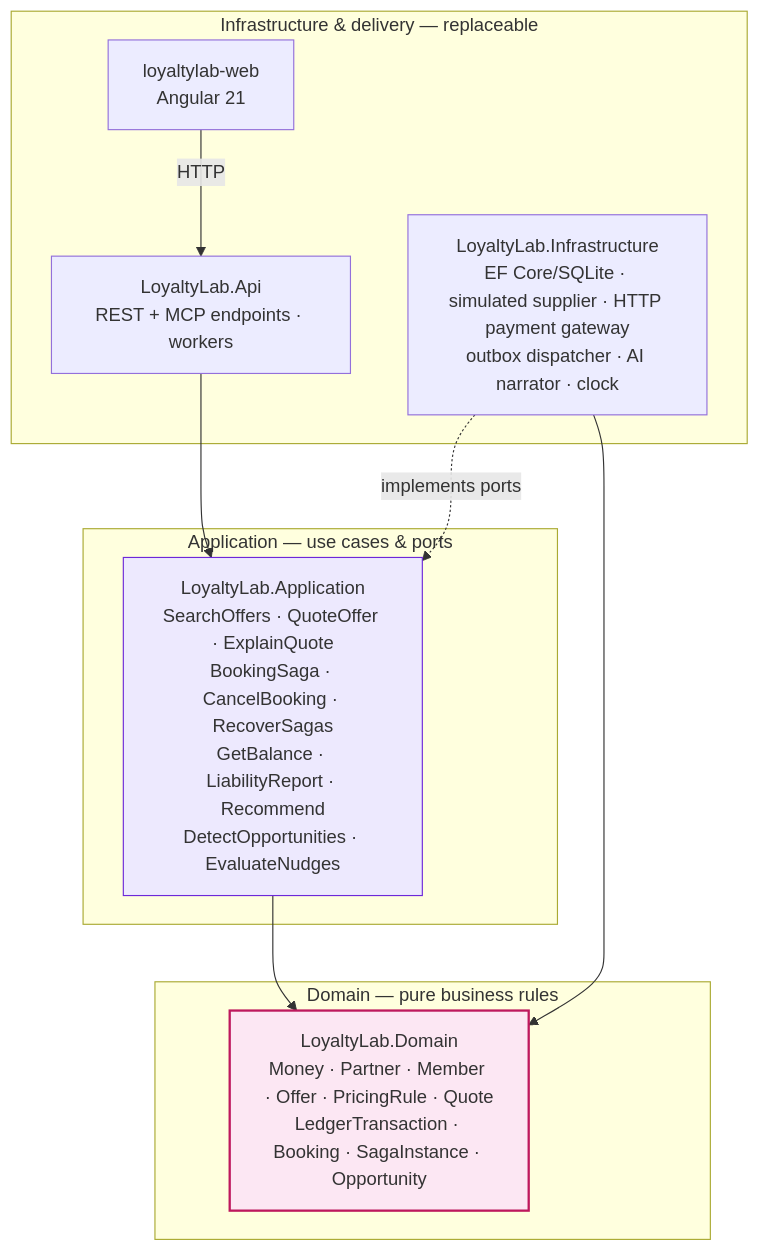
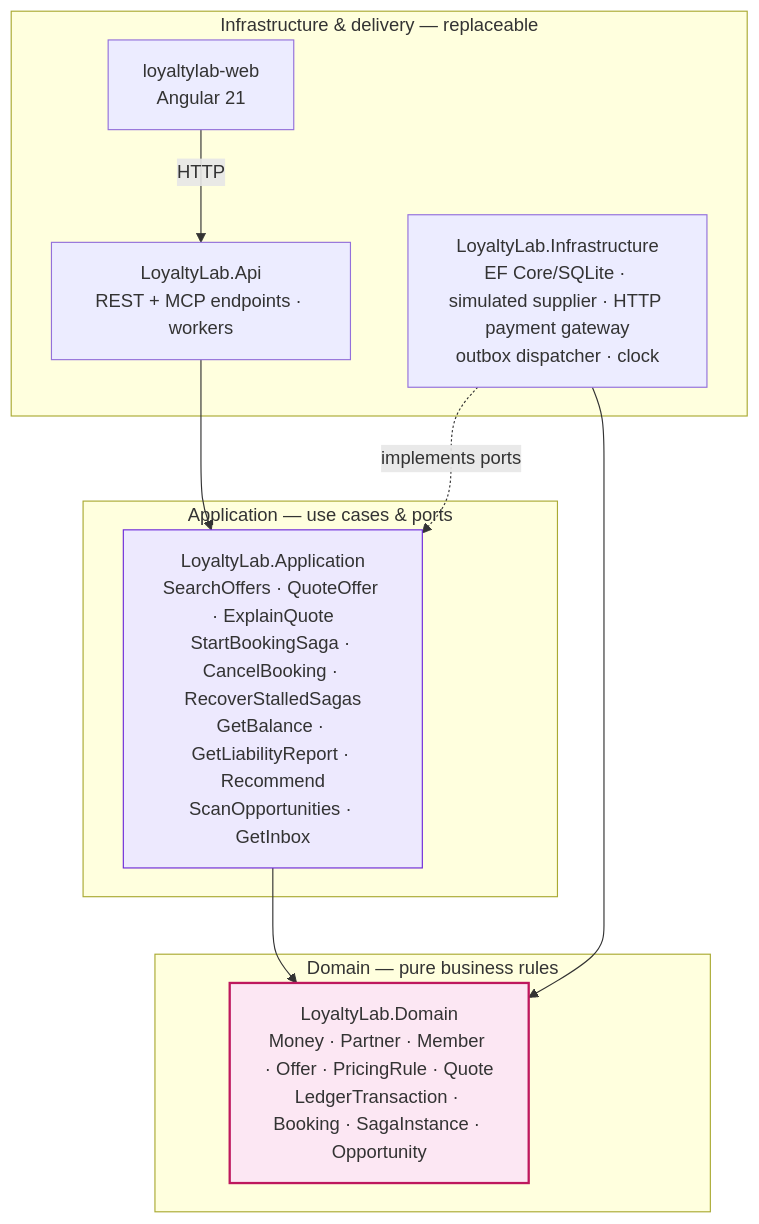
One commit to karthik-iyer/Arrivia-Loyalty-Lab changed the first of 10 diagrams in docs/03-high-level-design.md. Above: the diagram before and after it, drawn with Mermaid. The commit also changed other lines of this file and 8 other files, not shown here.

````diff
--- a/docs/03-high-level-design.md
+++ b/docs/03-high-level-design.md
@@ -34,25 +34,25 @@
 ```mermaid
 flowchart TB
     subgraph Outer["Infrastructure & delivery — replaceable"]
         API["LoyaltyLab.Api<br/>REST + MCP endpoints · workers"]
-        INF["LoyaltyLab.Infrastructure<br/>EF Core/SQLite · simulated supplier · HTTP payment gateway<br/>outbox dispatcher · AI narrator · clock"]
+        INF["LoyaltyLab.Infrastructure<br/>EF Core/SQLite · simulated supplier · HTTP payment gateway<br/>outbox dispatcher · clock"]
         WEB["loyaltylab-web<br/>Angular 21"]
     end
 
     subgraph Mid["Application — use cases & ports"]
-        APP["LoyaltyLab.Application<br/>SearchOffers · QuoteOffer · ExplainQuote<br/>BookingSaga · CancelBooking · RecoverSagas<br/>GetBalance · LiabilityReport · Recommend<br/>DetectOpportunities · EvaluateNudges"]
+        APP["LoyaltyLab.Application<br/>SearchOffers · QuoteOffer · ExplainQuote<br/>StartBookingSaga · CancelBooking · RecoverStalledSagas<br/>GetBalance · GetLiabilityReport · Recommend<br/>ScanOpportunities · GetInbox"]
     end
 
     subgraph Core["Domain — pure business rules"]
         DOM["LoyaltyLab.Domain<br/>Money · Partner · Member · Offer · PricingRule · Quote<br/>LedgerTransaction · Booking · SagaInstance · Opportunity"]
     end
 
     WEB -->|HTTP| API
     API --> APP
     INF -.implements ports.-> APP
     APP --> DOM
     INF --> DOM
 
     style DOM fill:#fce7f3,stroke:#be185d,stroke-width:2px
     style APP fill:#ede9fe,stroke:#6d28d9
 ```
````
